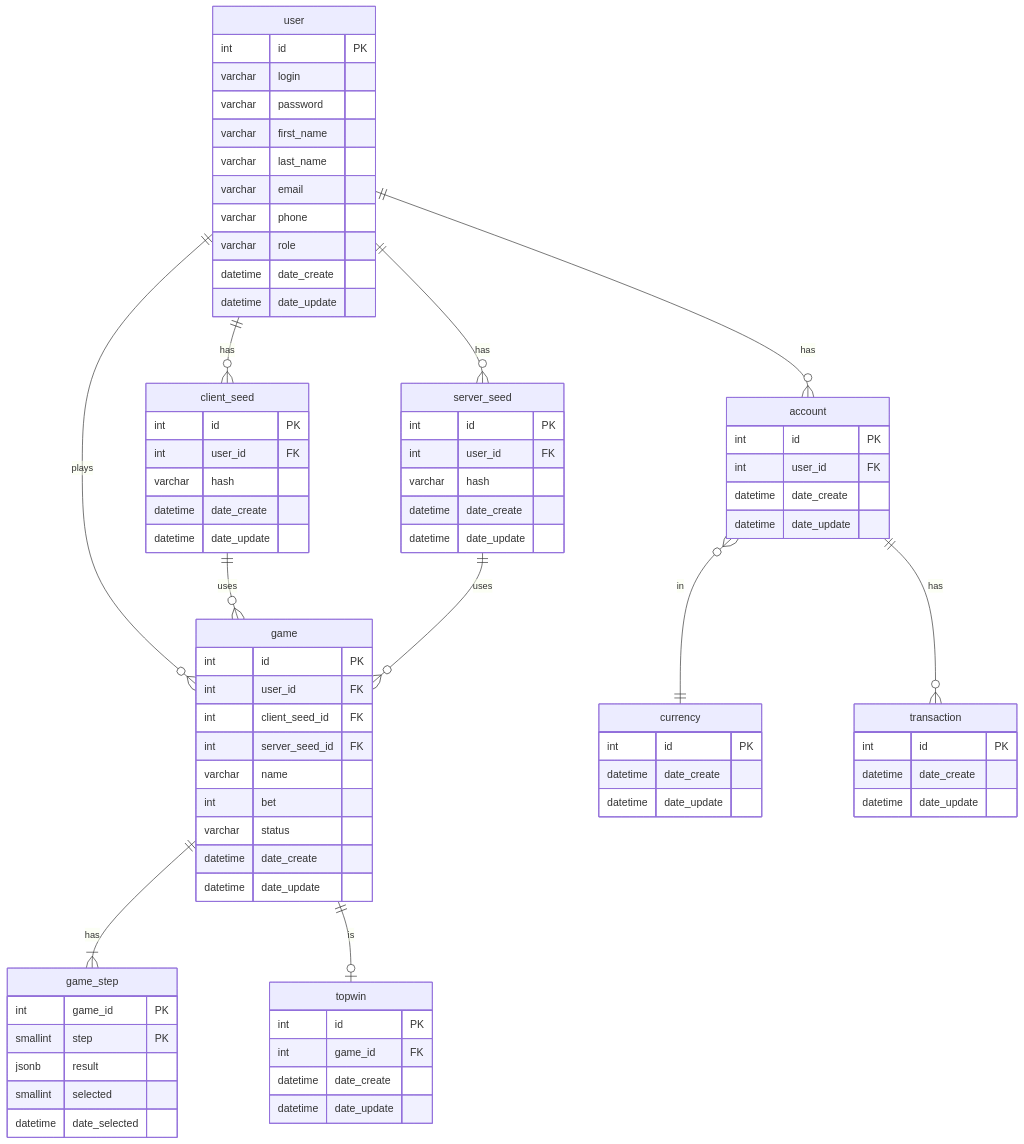
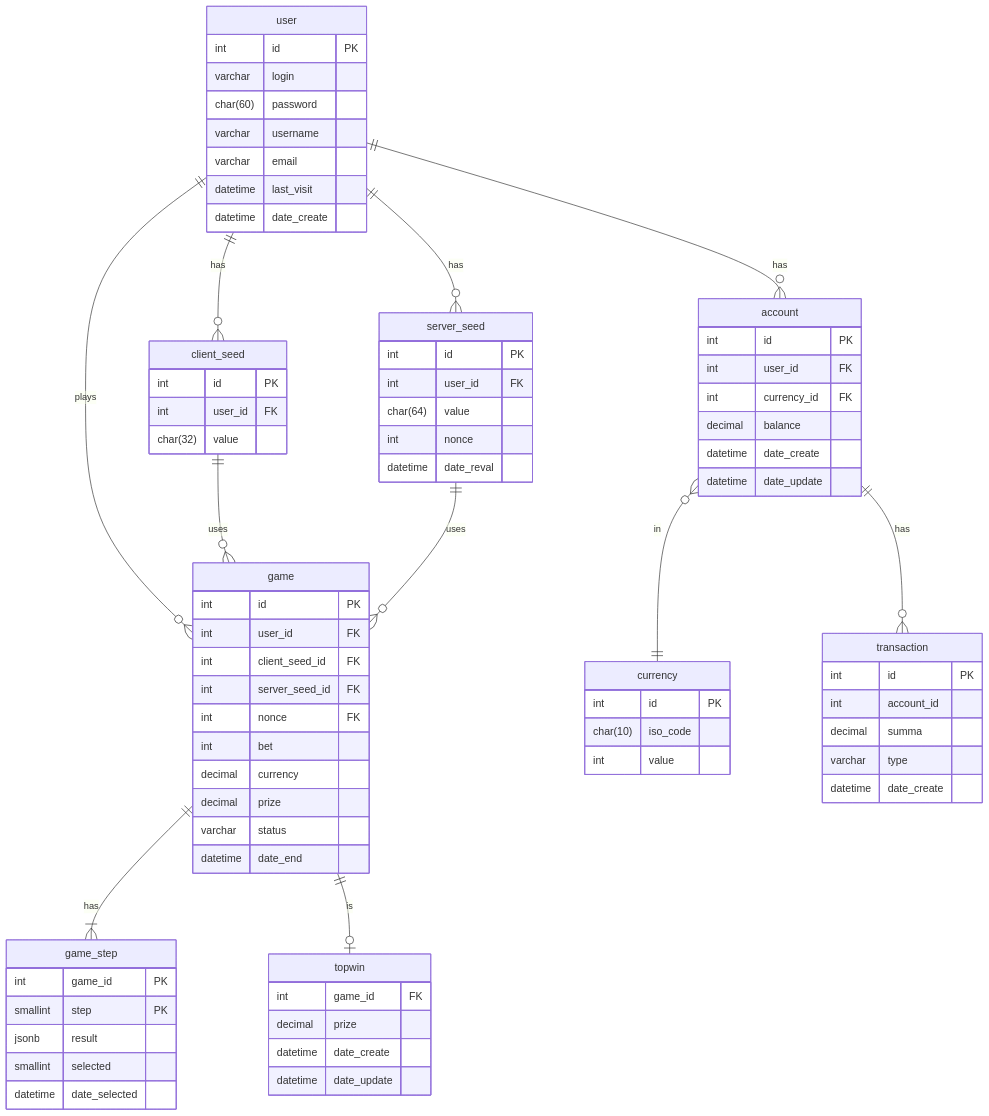
One commit to SultanovAziz/project-clone-of-BitKong changed the second of 2 diagrams in README.md. Above: the diagram before and after it, drawn with Mermaid.

Commit message:
Update README.md
update tables

````diff
--- a/README.md
+++ b/README.md
@@ -39,41 +44,35 @@
     user {
         int id PK
         varchar login
-        varchar password
-        varchar first_name
-        varchar last_name
+        char(60) password
+        varchar username
         varchar email
-        varchar phone
-        varchar role
+        datetime last_visit
         datetime date_create
-        datetime date_update
     }
     client_seed {
         int id PK
         int user_id FK
-        varchar hash
-        datetime date_create
-        datetime date_update
+        char(32) value
     }
     server_seed {
         int id PK
         int user_id FK
-        varchar hash
-        datetime date_create
-        datetime date_update
+        char(64) value
+        int nonce
+        datetime date_reval
     }
     game {
         int id PK
         int user_id FK
         int client_seed_id FK
         int server_seed_id FK
-        varchar name
+        int nonce FK
         int bet
-
+        decimal currency
+        decimal prize
         varchar status
-        datetime date_create
-        datetime date_update
-
+        datetime date_end
     }
     game_step {
         int game_id PK
@@ -81,33 +80,32 @@
         jsonb result
         smallint selected
         datetime date_selected
-
     }
     topwin {
-        int id PK
         int game_id FK
+        decimal prize
         datetime date_create
         datetime date_update
     }
     account {
         int id PK
         int user_id FK
+        int currency_id FK
+        decimal balance
         datetime date_create
         datetime date_update
 
     }
     currency {
         int id PK
-        
-        datetime date_create
-        datetime date_update
-
+        char(10) iso_code
+        int value
     }
     transaction {
         int id PK
-
+        int account_id
+        decimal summa
+        varchar type
         datetime date_create
-        datetime date_update
-        
     }
 ```
````
